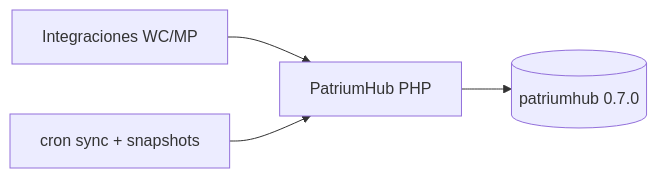
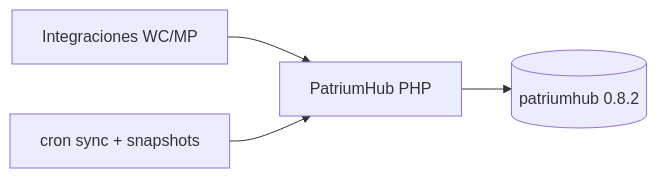
Before and after one commit to PatriumHub/Arquitectura: the diagram in 08-estado-actual-vs-objetivo.md, drawn with Mermaid. The commit also changed other lines of this file and 7 other files, not shown here.

````diff
--- a/08-estado-actual-vs-objetivo.md
+++ b/08-estado-actual-vs-objetivo.md
@@ -21,10 +21,10 @@
 ```mermaid
 flowchart LR
   App[PatriumHub PHP]
-  DB[(patriumhub 0.7.0)]
+  DB[(patriumhub 0.8.2)]
   UIInt[Integraciones WC/MP]
   Cron[cron sync + snapshots]
   App --> DB
   UIInt --> App
   Cron --> App
 ```
````
